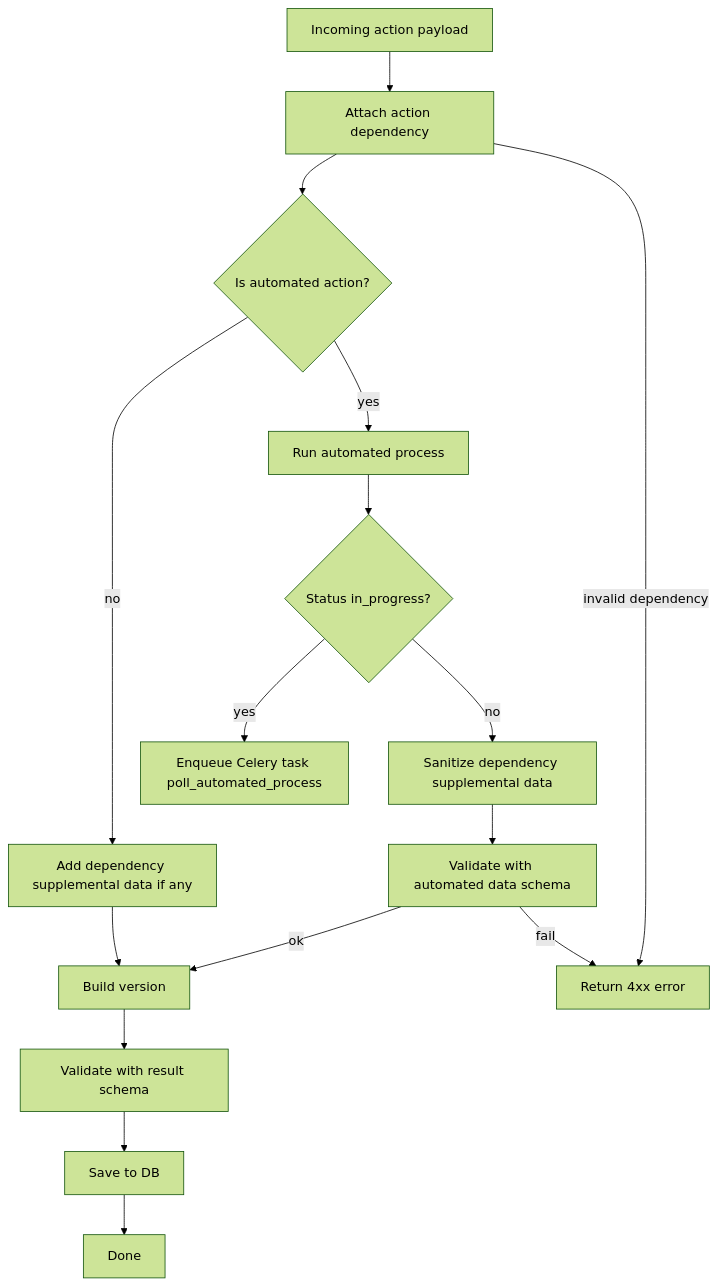
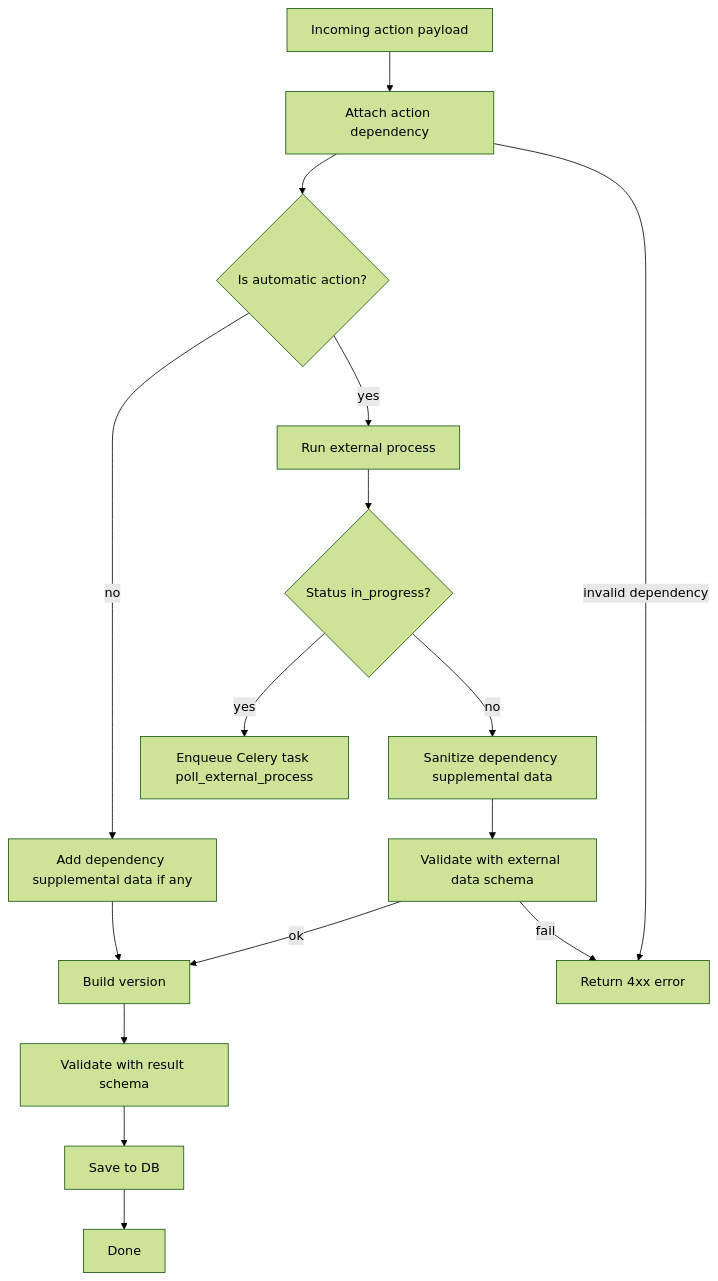
One commit to kobotoolbox/kpi changed the third of 3 diagrams in kobo/apps/subsequences/README.md. Above: the diagram before and after it, drawn with Mermaid (forest theme). The commit also changed other lines of this file and 13 other files, not shown here.

First line of the commit message:
refactor(subsequences): rename "automated" to "automatic" (#6446)

````diff
--- a/kobo/apps/subsequences/README.md
+++ b/kobo/apps/subsequences/README.md
@@ -231,35 +231,35 @@
 ```mermaid
 flowchart TB
   A[Incoming action payload]
   B[Attach action dependency]
-  C{Is automated action?}
+  C{Is automatic action?}
   D[Add dependency supplemental data if any]
   E[Build version]
   F[Validate with result schema]
   G[Save to DB]
   H[Done]
-  I[Run automated process]
+  I[Run external process]
   J[Sanitize dependency supplemental data]
-  K[Validate with automated data schema]
-  L[Enqueue Celery task poll_automated_process]
+  K[Validate with external data schema]
+  L[Enqueue Celery task poll_external_process]
   M[Return 4xx error]
   N{Status in_progress?}
 
   A --> B
   B --> C
   C -->|no| D
   D --> E
   E --> F
   F --> G
   G --> H
 
   C -->|yes| I
   I --> N
   N -->|yes| L
   N -->|no| J
   J --> K
   K -->|fail| M
   K -->|ok| E
 
   B -->|invalid dependency| M
 ```
````
